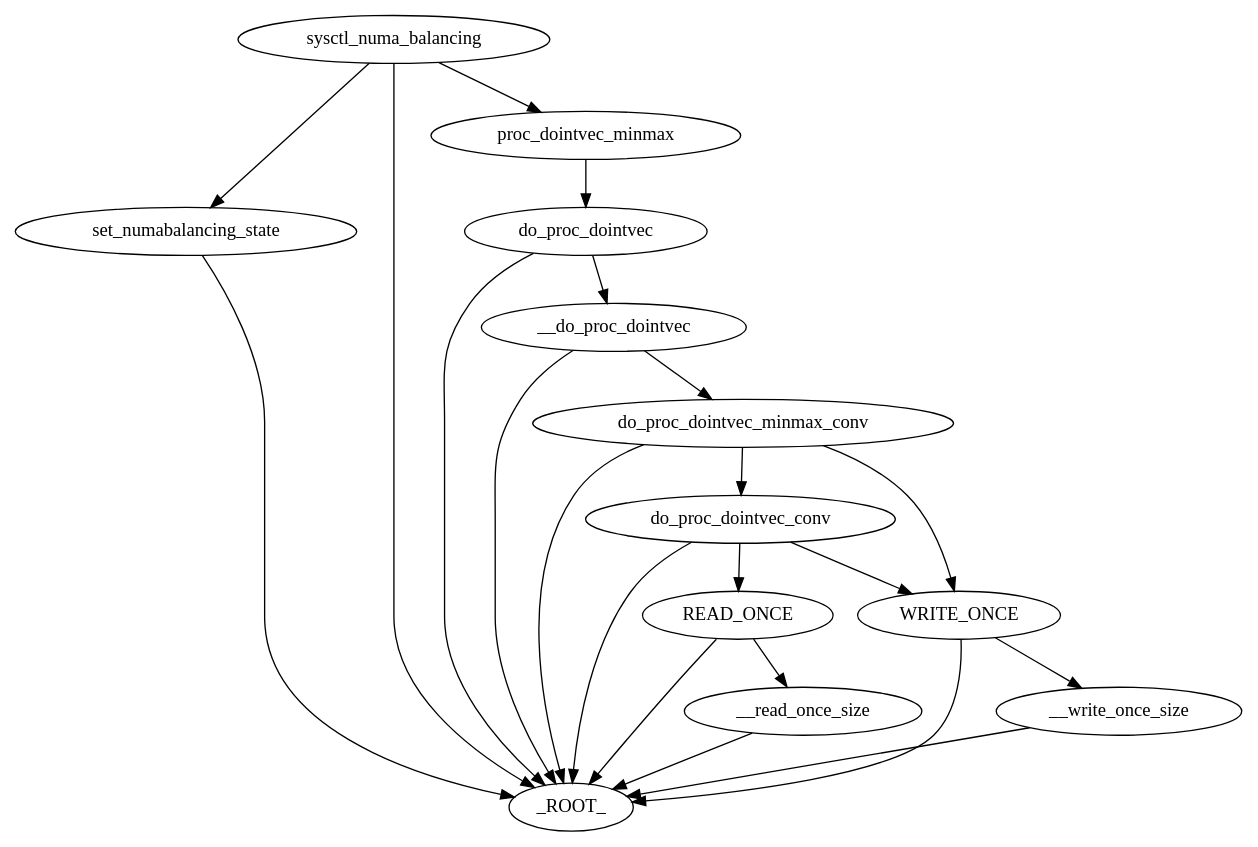
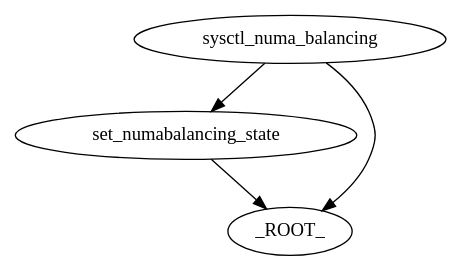
Before and after one commit to cendes/knob_graph_search: the diagram in partial_graph_numa_balancing.dot, drawn with Graphviz. The commit also changed 19 other files, not shown here.

```diff
--- a/partial_graph_numa_balancing.dot
+++ b/partial_graph_numa_balancing.dot
@@ -1,23 +1,5 @@
 digraph "/home/cendes/Documents/masters_thesis/ocloz/knob_graph_search/./partial_graph_numa_balancing.dot" {
 	 set_numabalancing_state -> _ROOT_
 	 sysctl_numa_balancing -> set_numabalancing_state
-	 do_proc_dointvec -> _ROOT_
-	 proc_dointvec_minmax -> do_proc_dointvec
-	 __read_once_size -> _ROOT_
-	 READ_ONCE -> __read_once_size
-	 READ_ONCE -> _ROOT_
-	 do_proc_dointvec_conv -> READ_ONCE
-	 __write_once_size -> _ROOT_
-	 WRITE_ONCE -> __write_once_size
-	 WRITE_ONCE -> _ROOT_
-	 do_proc_dointvec_minmax_conv -> WRITE_ONCE
-	 do_proc_dointvec_conv -> WRITE_ONCE
-	 do_proc_dointvec_conv -> _ROOT_
-	 do_proc_dointvec_minmax_conv -> do_proc_dointvec_conv
-	 do_proc_dointvec_minmax_conv -> _ROOT_
-	 __do_proc_dointvec -> do_proc_dointvec_minmax_conv
-	 __do_proc_dointvec -> _ROOT_
-	 do_proc_dointvec -> __do_proc_dointvec
 	 sysctl_numa_balancing -> _ROOT_
-	 sysctl_numa_balancing -> proc_dointvec_minmax
 }
```
